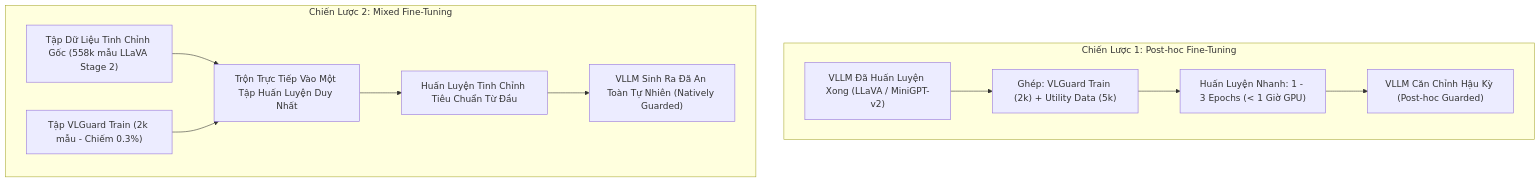
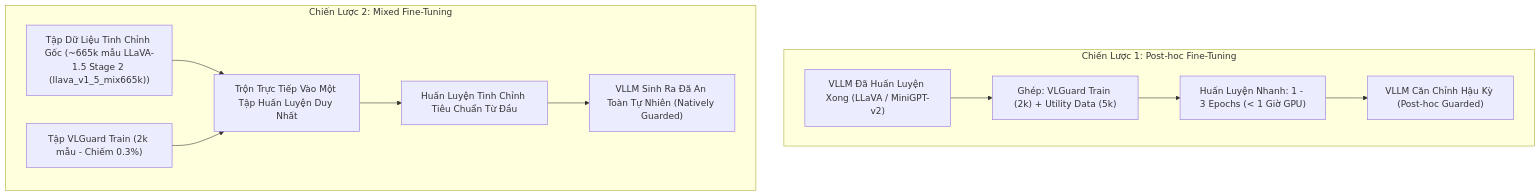
The fifth of 5 diagrams in papers/vlguard/02_ham_mat_mat_va_gradient_balancing.md (tuandung222/model-based-vpi-defenses), drawn with Mermaid before and after one commit. The commit also changed 6 other files, not shown here.

````diff
--- a/papers/vlguard/02_ham_mat_mat_va_gradient_balancing.md
+++ b/papers/vlguard/02_ham_mat_mat_va_gradient_balancing.md
@@ -260,17 +260,17 @@
 ```mermaid
 flowchart TD
     subgraph Strat1["Chiến Lược 1: Post-hoc Fine-Tuning"]
         PreVLM["VLLM Đã Huấn Luyện Xong (LLaVA / MiniGPT-v2)"]
         PreVLM --> AddData["Ghép: VLGuard Train (2k) + Utility Data (5k)"]
         AddData --> QuickTrain["Huấn Luyện Nhanh: 1 - 3 Epochs (< 1 Giờ GPU)"]
         QuickTrain --> PostVLM["VLLM Căn Chỉnh Hậu Kỳ (Post-hoc Guarded)"]
     end
 
     subgraph Strat2["Chiến Lược 2: Mixed Fine-Tuning"]
-        RawVLMData["Tập Dữ Liệu Tinh Chỉnh Gốc (558k mẫu LLaVA Stage 2)"]
+        RawVLMData["Tập Dữ Liệu Tinh Chỉnh Gốc (~665k mẫu LLaVA-1.5 Stage 2 (llava_v1_5_mix665k))"]
         VLGuardData["Tập VLGuard Train (2k mẫu - Chiếm 0.3%)"]
         RawVLMData & VLGuardData --> MixData["Trộn Trực Tiếp Vào Một Tập Huấn Luyện Duy Nhất"]
         MixData --> FullTrain["Huấn Luyện Tinh Chỉnh Tiêu Chuẩn Từ Đầu"]
         FullTrain --> MixedVLM["VLLM Sinh Ra Đã An Toàn Tự Nhiên (Natively Guarded)"]
     end
 ```
````
